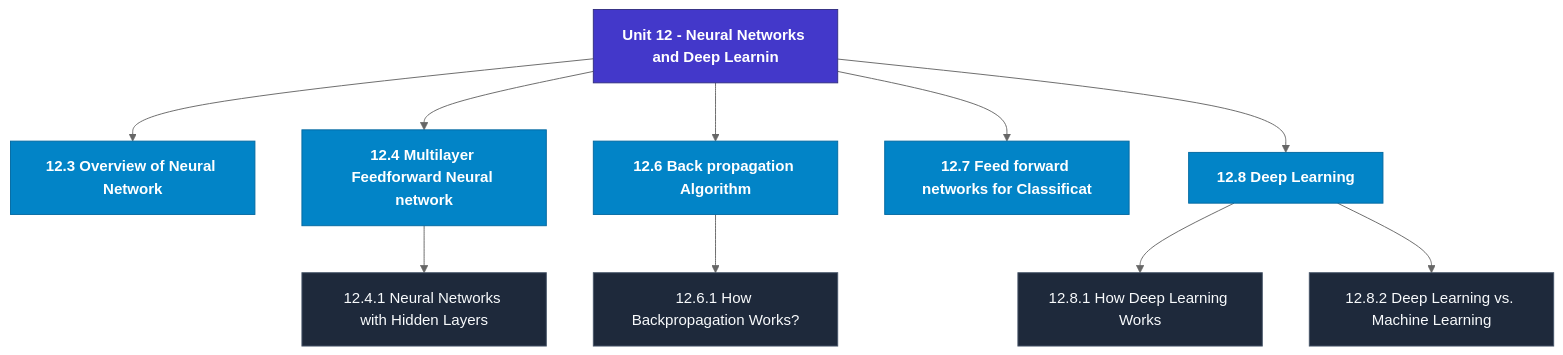
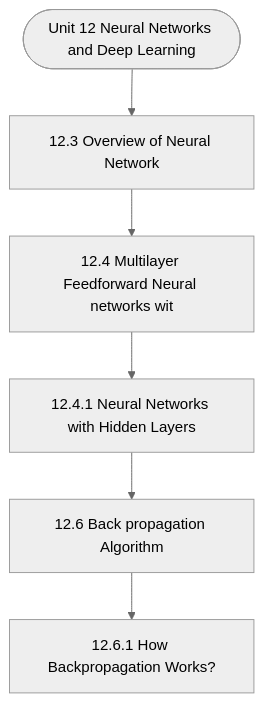
The diagram in notes/Semester_2/MCS-224_Artificial_Intelligence_&_Machine_Learning/unit_12_Neural_Networks_and_Deep_Learning.md (Asutosh-Coaching/mscdsa), drawn with Mermaid (neutral theme) before and after one commit. The commit also changed other lines of this file and 115 other files, not shown here.

Commit message:
Fix Mermaid layout for mobile, isolate LaTeX delimiters, and add GitHub Pages reader

````diff
--- a/notes/Semester_2/MCS-224_Artificial_Intelligence_&_Machine_Learning/unit_12_Neural_Networks_and_Deep_Learning.md
+++ b/notes/Semester_2/MCS-224_Artificial_Intelligence_&_Machine_Learning/unit_12_Neural_Networks_and_Deep_Learning.md
@@ -19,27 +19,14 @@
 ```mermaid
 flowchart TD
-  %% Styling Definitions
-  classDef head fill:#4338ca,stroke:#312e81,color:#ffffff,font-weight:bold;
-  classDef topic fill:#0284c7,stroke:#0369a1,color:#ffffff,font-weight:600;
-  classDef sub fill:#1e293b,stroke:#475569,color:#f8fafc;
-
-  Root["Unit 12 - Neural Networks and Deep Learnin"]:::head
-  M1["12.3 Overview of Neural Network"]:::topic
-  Root --> M1
-  M2["12.4 Multilayer Feedforward Neural network"]:::topic
-  Root --> M2
-  M2_1["12.4.1 Neural Networks with Hidden Layers"]:::sub
-  M2 --> M2_1
-  M3["12.6 Back propagation Algorithm"]:::topic
-  Root --> M3
-  M3_1["12.6.1 How Backpropagation Works?"]:::sub
-  M3 --> M3_1
-  M4["12.7 Feed forward networks for Classificat"]:::topic
-  Root --> M4
-  M5["12.8 Deep Learning"]:::topic
-  Root --> M5
-  M5_1["12.8.1 How Deep Learning Works"]:::sub
-  M5 --> M5_1
-  M5_2["12.8.2 Deep Learning vs. Machine Learning"]:::sub
-  M5 --> M5_2
+  Start(["Unit 12 Neural Networks and Deep Learning"])
+  N1["12.3 Overview of Neural Network"]
+  N2["12.4 Multilayer Feedforward Neural networks wit"]
+  N3["12.4.1 Neural Networks with Hidden Layers"]
+  N4["12.6 Back propagation Algorithm"]
+  N5["12.6.1 How Backpropagation Works?"]
+  Start --> N1
+  N1 --> N2
+  N2 --> N3
+  N3 --> N4
+  N4 --> N5
 ```
````
